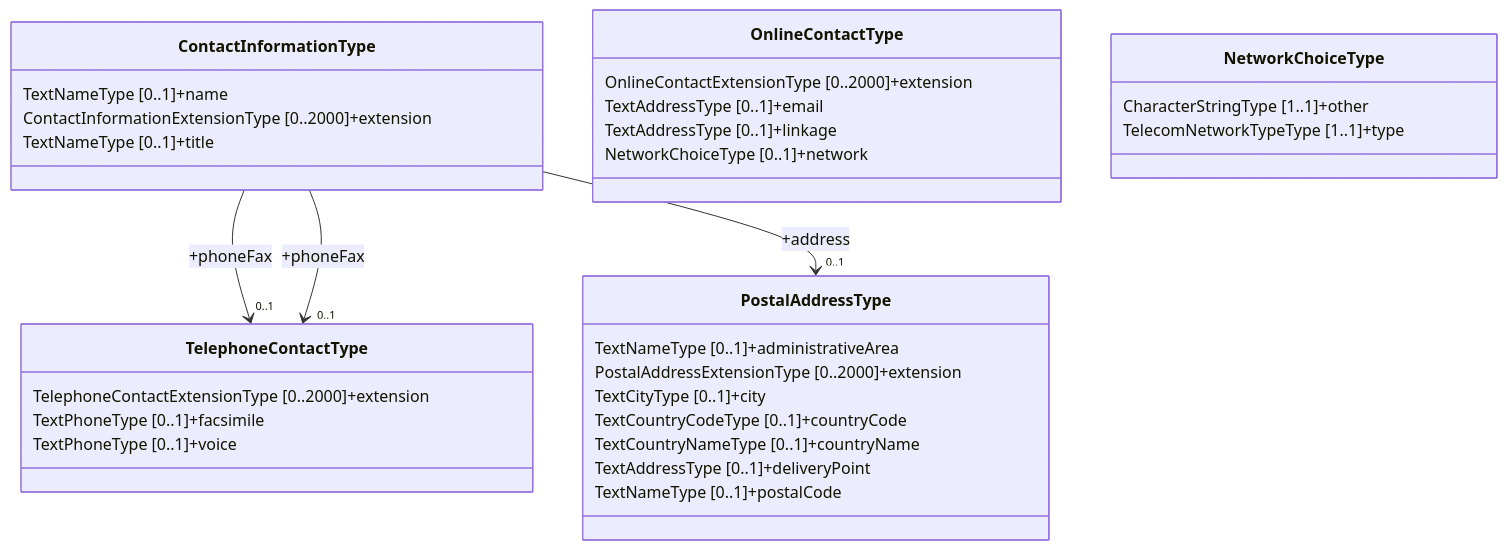
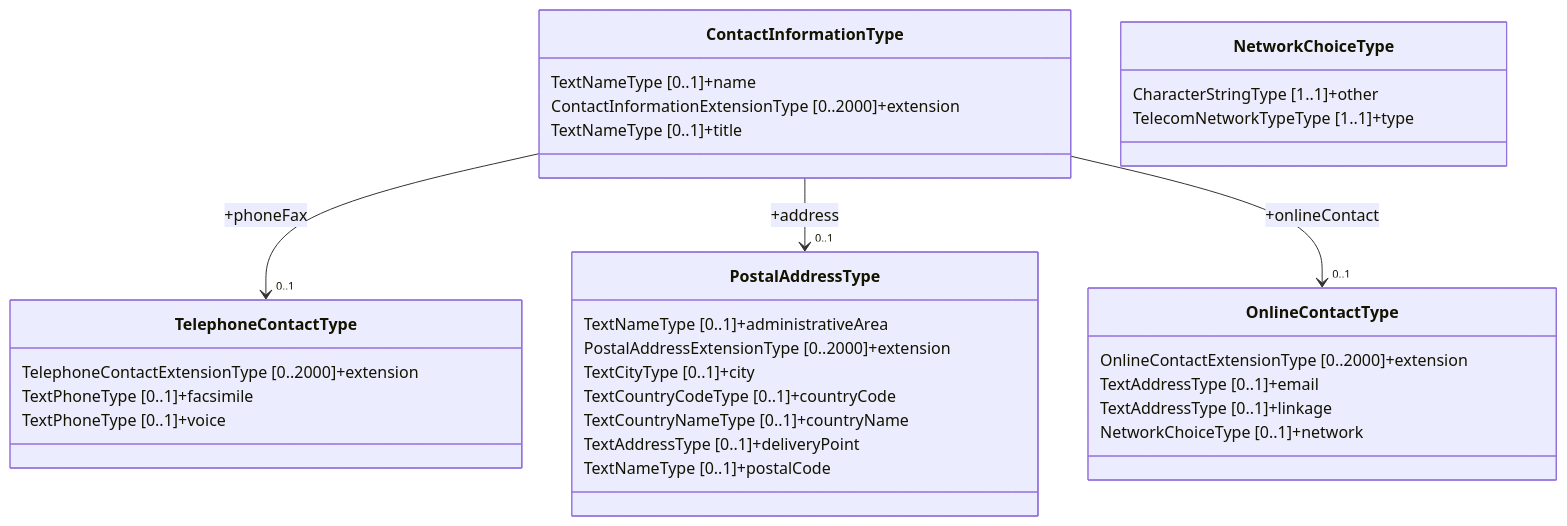
The second of 2 diagrams in docs/fixm/FIXM_UML_in_mermaid.md (du-lapin/test_docsify), drawn with Mermaid before and after one commit. The commit also changed other lines of this file, not shown here.

````diff
--- a/docs/fixm/FIXM_UML_in_mermaid.md
+++ b/docs/fixm/FIXM_UML_in_mermaid.md
@@ -16,33 +16,33 @@
 ```mermaid
 classDiagram
 class ContactInformationType
 ContactInformationType : TextNameType [0..1]+name
 ContactInformationType : ContactInformationExtensionType [0..2000]+extension
 %% ContactInformationType : PostalAddressType [0..1]+address
 %% ContactInformationType : OnlineContactType [0..2000]+onlineContact
 %% ContactInformationType : TelephoneContactType [0..1]+phoneFax
 ContactInformationType : TextNameType [0..1]+title
 class TelephoneContactType
 TelephoneContactType : TelephoneContactExtensionType [0..2000]+extension
 TelephoneContactType : TextPhoneType [0..1]+facsimile
 TelephoneContactType : TextPhoneType [0..1]+voice
 class PostalAddressType
 PostalAddressType : TextNameType [0..1]+administrativeArea
 PostalAddressType : PostalAddressExtensionType [0..2000]+extension
 PostalAddressType : TextCityType [0..1]+city
 PostalAddressType : TextCountryCodeType [0..1]+countryCode
 PostalAddressType : TextCountryNameType [0..1]+countryName
 PostalAddressType : TextAddressType [0..1]+deliveryPoint
 PostalAddressType : TextNameType [0..1]+postalCode
 class OnlineContactType
 OnlineContactType : OnlineContactExtensionType [0..2000]+extension
 OnlineContactType : TextAddressType [0..1]+email
 OnlineContactType : TextAddressType [0..1]+linkage
 OnlineContactType : NetworkChoiceType [0..1]+network
 class NetworkChoiceType
 NetworkChoiceType : CharacterStringType [1..1]+other
 NetworkChoiceType : TelecomNetworkTypeType [1..1]+type
 ContactInformationType --> "0..1" TelephoneContactType : +phoneFax
 ContactInformationType --> "0..1" PostalAddressType : +address
-ContactInformationType --> "0..1" TelephoneContactType : +phoneFax
+ContactInformationType --> "0..1" OnlineContactType : +onlineContact
 ```
````
